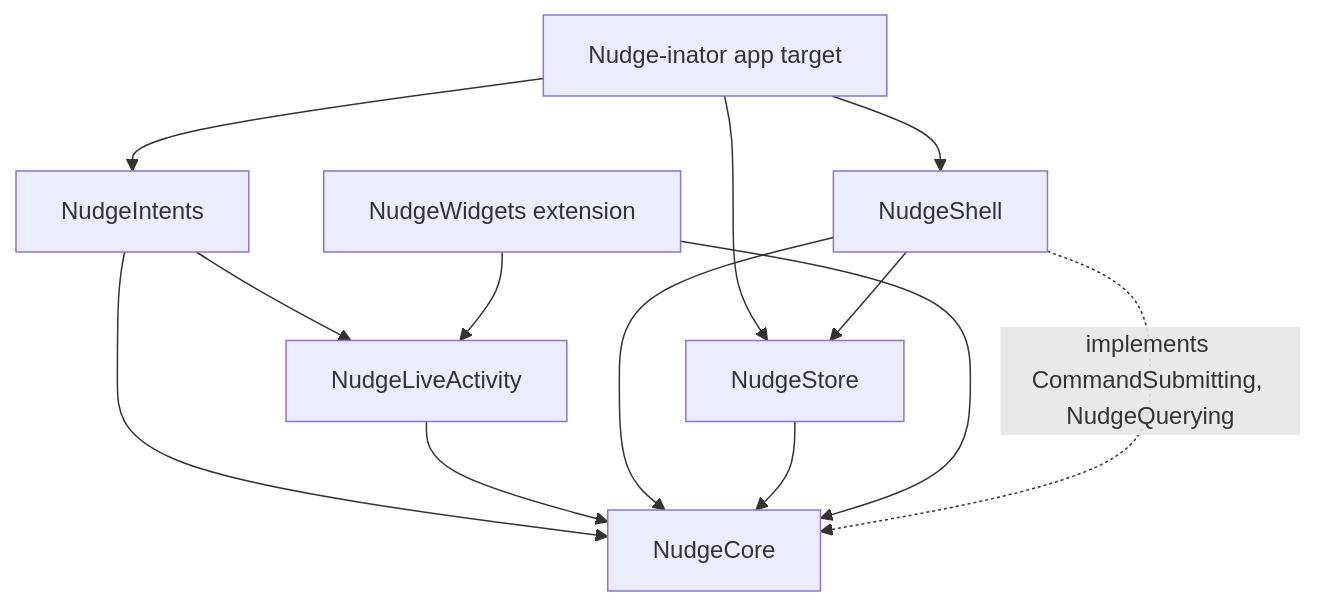
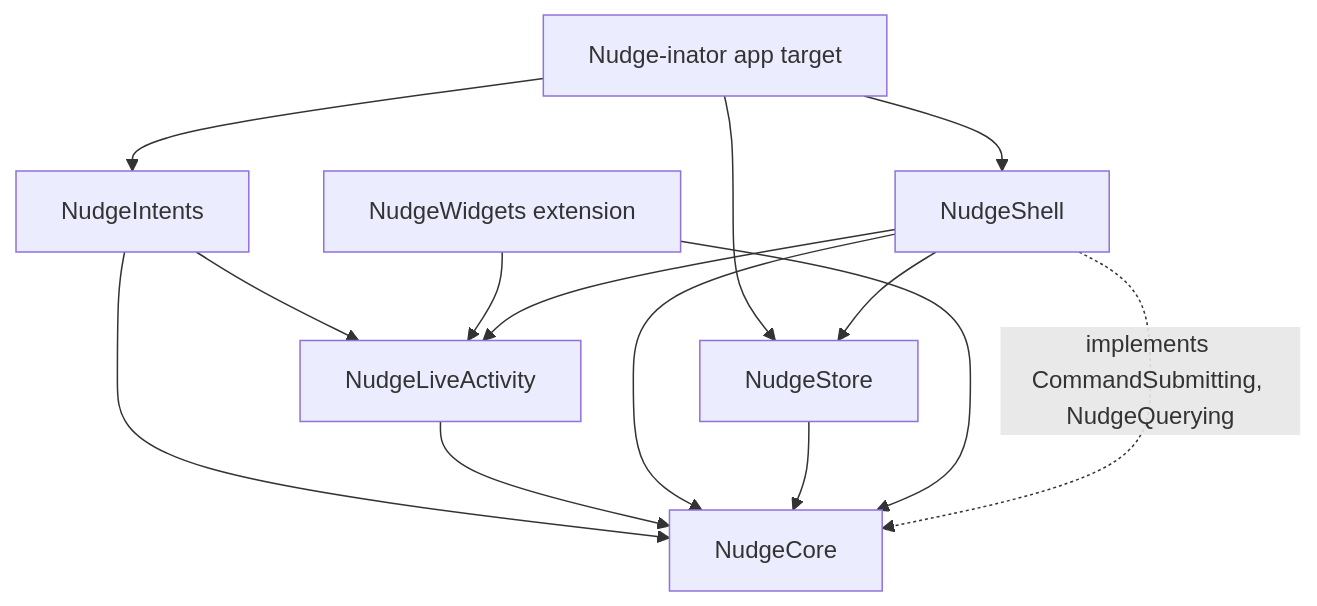
Before and after one commit to New-Reality-Interactive/nudge-inator: the first of 4 diagrams in docs/architecture/ARCHITECTURE-SPINE.md, drawn with Mermaid. The commit also changed other lines of this file and 1 other file, not shown here.

````diff
--- a/docs/architecture/ARCHITECTURE-SPINE.md
+++ b/docs/architecture/ARCHITECTURE-SPINE.md
@@ -49,15 +49,16 @@
 ```mermaid
 graph TD
   App[Nudge-inator app target] --> Shell[NudgeShell]
   App --> Intents[NudgeIntents]
   App --> Store[NudgeStore]
   Intents --> LA[NudgeLiveActivity]
   Intents --> Core[NudgeCore]
   LA --> Core
   Shell --> Store
   Shell --> Core
   Store --> Core
   Widget[NudgeWidgets extension] --> LA
   Widget --> Core
+  Shell --> LA
   Shell -. "implements CommandSubmitting, NudgeQuerying" .-> Core
 ```
````
